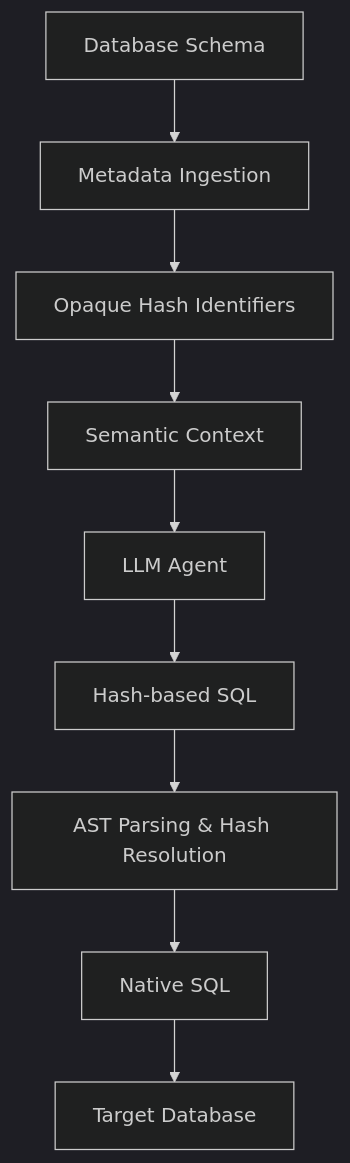
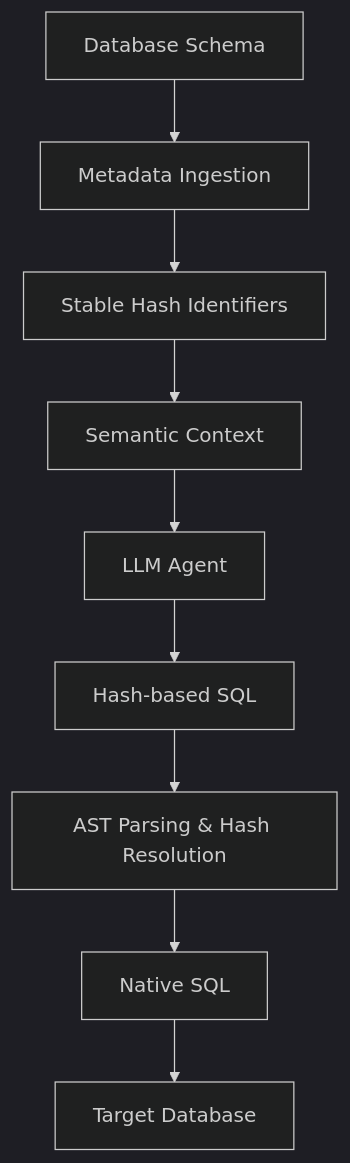
The first of 7 diagrams in README.md (dralius97/mdl_engine), drawn with Mermaid (dark theme) before and after one commit. The commit also changed other lines of this file, not shown here.

Commit message:
docs: update README for alias-based metadata flow

````diff
--- a/README.md
+++ b/README.md
@@ -11,21 +11,21 @@
 ```mermaid
 flowchart TD
     DB["Database Schema"]
     INGEST["Metadata Ingestion"]
-    HASH["Opaque Hash Identifiers"]
+    HASH["Stable Hash Identifiers"]
     CONTEXT["Semantic Context"]
     LLM["LLM Agent"]
     HSQL["Hash-based SQL"]
     PARSER["AST Parsing & Hash Resolution"]
     NSQL["Native SQL"]
     TARGET["Target Database"]
 
     DB --> INGEST
     INGEST --> HASH
     HASH --> CONTEXT
     CONTEXT --> LLM
     LLM --> HSQL
     HSQL --> PARSER
     PARSER --> NSQL
     NSQL --> TARGET
 ```
````
